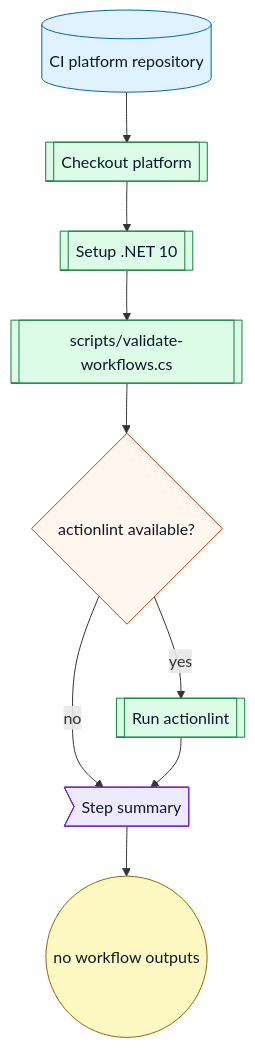
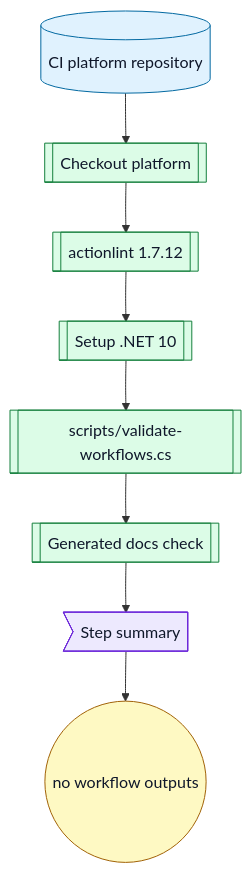
Diagram 11 of 11 in docs/workflow-catalog.md (ArkanisCorporation/ci), drawn with Mermaid before and after one commit. The commit also changed other lines of this file and 6 other files, not shown here.

````diff
--- a/docs/workflow-catalog.md
+++ b/docs/workflow-catalog.md
@@ -807,22 +1083,20 @@
 ```mermaid
 flowchart TD
   platform[("CI platform repository")] --> checkout[[Checkout platform]]
-  checkout --> dotnet[[Setup .NET 10]]
+  checkout --> actionlint[[actionlint 1.7.12]]
+  actionlint --> dotnet[[Setup .NET 10]]
   dotnet --> validator[[scripts/validate-workflows.cs]]
-  validator --> lint{actionlint available?}
-  lint -->|yes| actionlint[[Run actionlint]]
-  lint -->|no| summary>Step summary]
-  actionlint --> summary
+  validator --> docs[[Generated docs check]]
+  docs --> summary>Step summary]
   summary --> outputs(("no workflow outputs"))
   classDef repo fill:#e0f2fe,stroke:#0369a1,color:#0f172a
   classDef action fill:#dcfce7,stroke:#15803d,color:#0f172a
   classDef decision fill:#fff7ed,stroke:#c2410c,color:#0f172a
   classDef artifact fill:#ede9fe,stroke:#6d28d9,color:#0f172a
   classDef output fill:#fef9c3,stroke:#a16207,color:#0f172a
   classDef external fill:#f8fafc,stroke:#475569,stroke-dasharray: 4 3,color:#0f172a
   class platform repo
-  class checkout,dotnet,validator,actionlint action
-  class lint decision
+  class checkout,actionlint,dotnet,validator,docs action
   class summary artifact
   class outputs output
 ```
````
